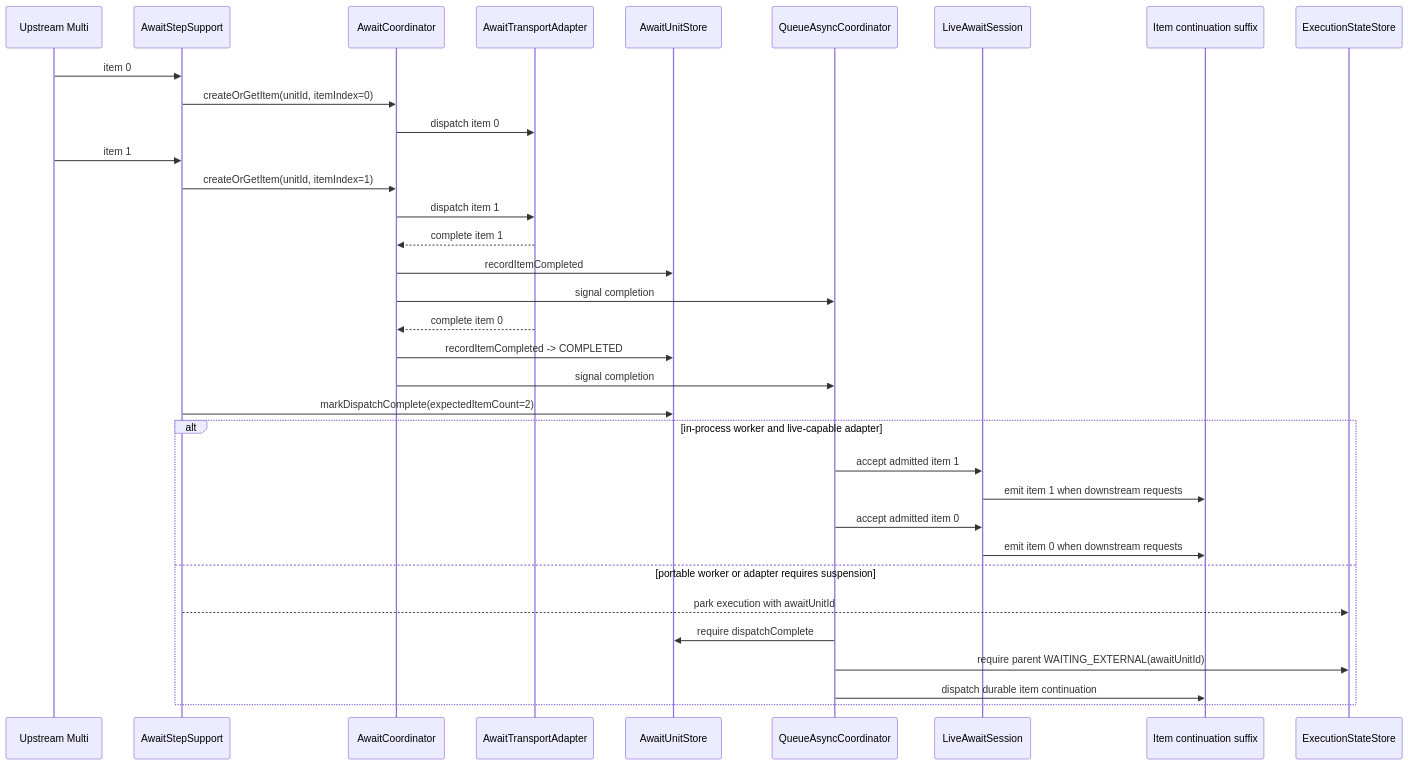
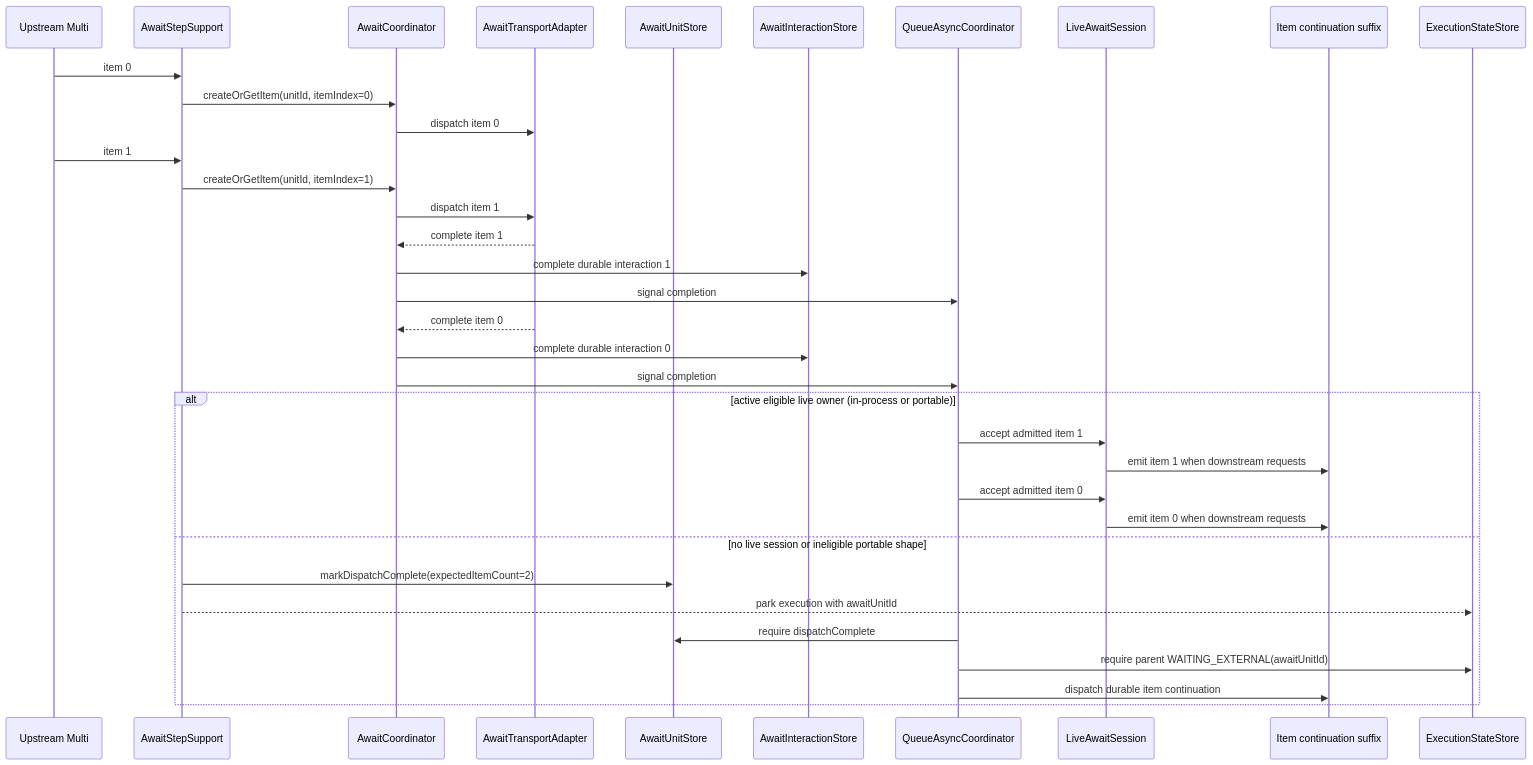
The second of 11 diagrams in docs/evolve/await-unit-runtime/sequences.md (The-Pipeline-Framework/pipelineframework), drawn with Mermaid before and after one commit. The commit also changed other lines of this file and 13 other files, not shown here.

Commit message:
Align await docs with live-first semantics

````diff
--- a/docs/evolve/await-unit-runtime/sequences.md
+++ b/docs/evolve/await-unit-runtime/sequences.md
@@ -37,37 +37,38 @@
 ```mermaid
 sequenceDiagram
     participant Source as Upstream Multi
     participant Step as AwaitStepSupport
     participant Coord as AwaitCoordinator
     participant Adapter as AwaitTransportAdapter
     participant UnitStore as AwaitUnitStore
+    participant InteractionStore as AwaitInteractionStore
     participant Queue as QueueAsyncCoordinator
     participant Live as LiveAwaitSession
     participant Suffix as Item continuation suffix
     participant ExecStore as ExecutionStateStore
 
     Source->>Step: item 0
     Step->>Coord: createOrGetItem(unitId, itemIndex=0)
     Coord->>Adapter: dispatch item 0
     Source->>Step: item 1
     Step->>Coord: createOrGetItem(unitId, itemIndex=1)
     Coord->>Adapter: dispatch item 1
     Adapter-->>Coord: complete item 1
-    Coord->>UnitStore: recordItemCompleted
+    Coord->>InteractionStore: complete durable interaction 1
     Coord->>Queue: signal completion
     Adapter-->>Coord: complete item 0
-    Coord->>UnitStore: recordItemCompleted -> COMPLETED
+    Coord->>InteractionStore: complete durable interaction 0
     Coord->>Queue: signal completion
-    Step->>UnitStore: markDispatchComplete(expectedItemCount=2)
-    alt in-process worker and live-capable adapter
+    alt active eligible live owner (in-process or portable)
       Queue->>Live: accept admitted item 1
       Live->>Suffix: emit item 1 when downstream requests
       Queue->>Live: accept admitted item 0
       Live->>Suffix: emit item 0 when downstream requests
-    else portable worker or adapter requires suspension
+    else no live session or ineligible portable shape
+      Step->>UnitStore: markDispatchComplete(expectedItemCount=2)
       Step-->>ExecStore: park execution with awaitUnitId
       Queue->>UnitStore: require dispatchComplete
       Queue->>ExecStore: require parent WAITING_EXTERNAL(awaitUnitId)
       Queue->>Suffix: dispatch durable item continuation
     end
 ```
````
